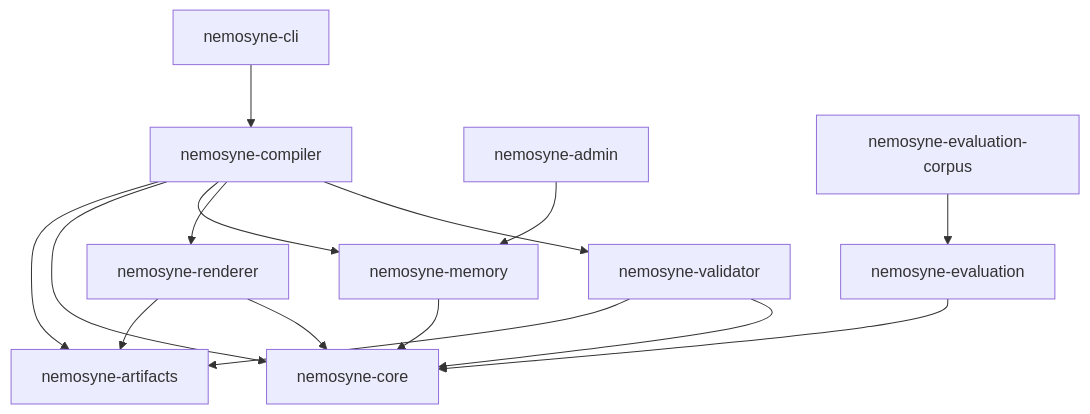
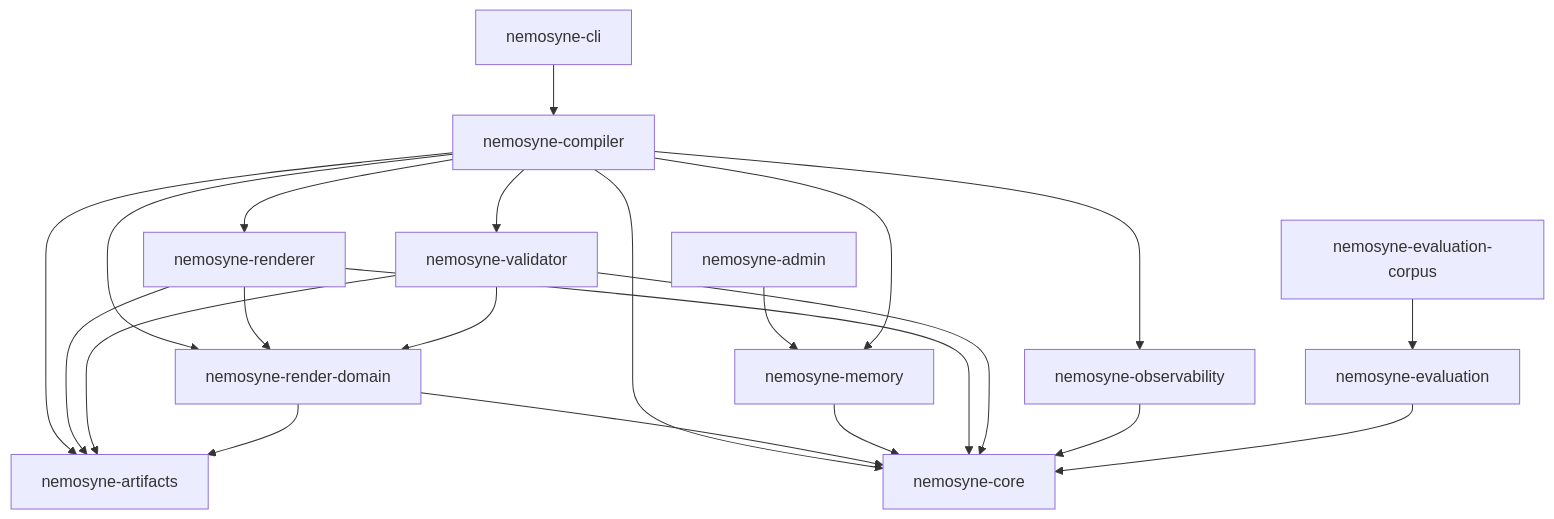
One commit to Lamentis-operating-systems/nemosyne changed the fourth of 8 diagrams in docs/specifications/v1-reference-architecture.md. Above: the diagram before and after it, drawn with Mermaid. The commit also changed other lines of this file and 30 other files, not shown here.

````diff
--- a/docs/specifications/v1-reference-architecture.md
+++ b/docs/specifications/v1-reference-architecture.md
@@ -1555,17 +1744,24 @@
 ```mermaid
 flowchart TD
     CLI["nemosyne-cli"] --> COMP["nemosyne-compiler"]
     ADMIN["nemosyne-admin"] --> MEM["nemosyne-memory"]
     COMP --> ART["nemosyne-artifacts"]
     COMP --> CORE["nemosyne-core"]
     COMP --> MEM
     COMP --> REN["nemosyne-renderer"]
+    COMP --> RDOM["nemosyne-render-domain"]
     COMP --> VAL["nemosyne-validator"]
+    COMP --> OBS["nemosyne-observability"]
     REN --> ART
+    REN --> RDOM
     VAL --> ART
+    VAL --> RDOM
+    RDOM --> ART
+    RDOM --> CORE
     MEM --> CORE
     REN --> CORE
     VAL --> CORE
+    OBS --> CORE
     EVAL["nemosyne-evaluation"] --> CORE
     CORPUS["nemosyne-evaluation-corpus"] --> EVAL
 ```
````
